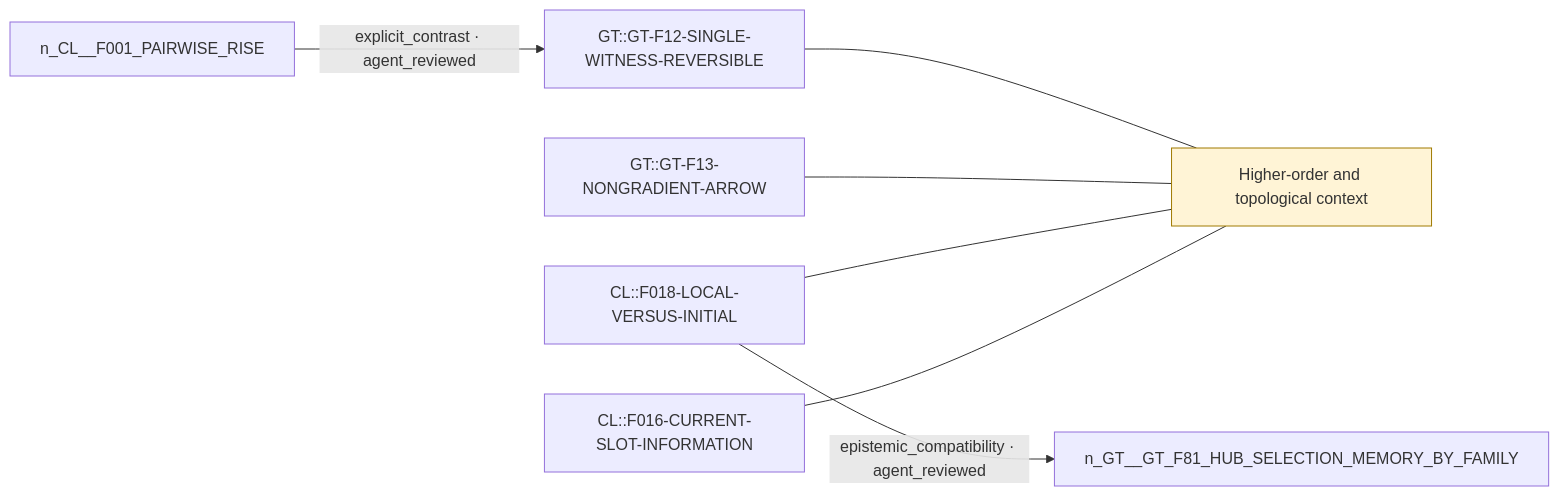
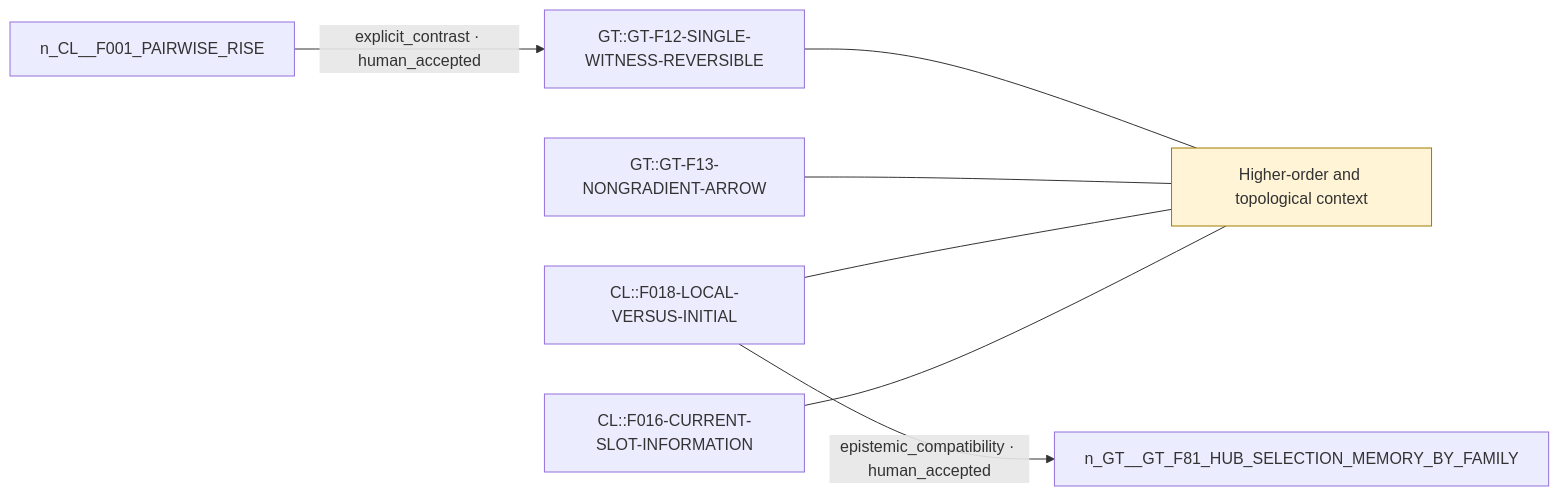
One commit to gellsmore-svg/Relational-Substrate changed the diagram in research-synthesis/generated/themes/higher-order-context.mmd. Above: the diagram before and after it, drawn with Mermaid. The commit also changed 39 other files, not shown here.

```diff
--- a/research-synthesis/generated/themes/higher-order-context.mmd
+++ b/research-synthesis/generated/themes/higher-order-context.mmd
@@ -1,9 +1,9 @@
 graph LR
   n_C__higher_order_context["Higher-order and topological context"]:::concept
   n_CL__F016_CURRENT_SLOT_INFORMATION["CL::F016-CURRENT-SLOT-INFORMATION"] --- n_C__higher_order_context
   n_CL__F018_LOCAL_VERSUS_INITIAL["CL::F018-LOCAL-VERSUS-INITIAL"] --- n_C__higher_order_context
   n_GT__GT_F13_NONGRADIENT_ARROW["GT::GT-F13-NONGRADIENT-ARROW"] --- n_C__higher_order_context
   n_GT__GT_F12_SINGLE_WITNESS_REVERSIBLE["GT::GT-F12-SINGLE-WITNESS-REVERSIBLE"] --- n_C__higher_order_context
-  n_CL__F001_PAIRWISE_RISE -->|explicit_contrast · agent_reviewed| n_GT__GT_F12_SINGLE_WITNESS_REVERSIBLE
-  n_CL__F018_LOCAL_VERSUS_INITIAL -->|epistemic_compatibility · agent_reviewed| n_GT__GT_F81_HUB_SELECTION_MEMORY_BY_FAMILY
+  n_CL__F001_PAIRWISE_RISE -->|explicit_contrast · human_accepted| n_GT__GT_F12_SINGLE_WITNESS_REVERSIBLE
+  n_CL__F018_LOCAL_VERSUS_INITIAL -->|epistemic_compatibility · human_accepted| n_GT__GT_F81_HUB_SELECTION_MEMORY_BY_FAMILY
   classDef concept fill:#fff4d6,stroke:#a07a00
```
